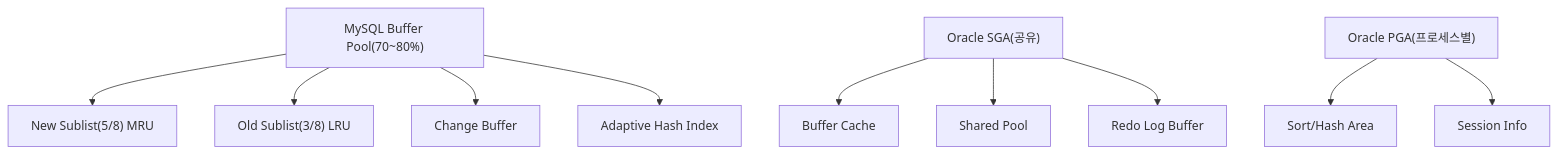
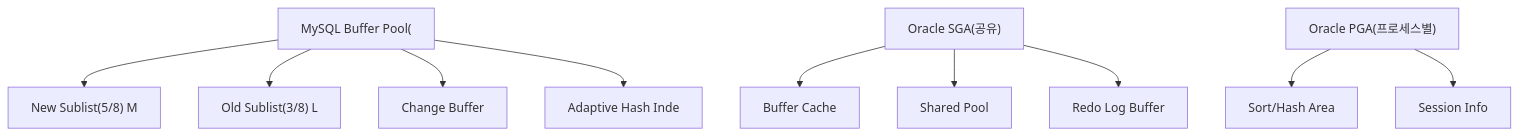
Before and after one commit to yjkim2015/yjkim2015.github.io: the sixth of 15 diagrams in _posts/db/2026-05-01-db-comparison.md, drawn with Mermaid. The commit also changed other lines of this file and 271 other files, not shown here.

First line of the commit message:
Mermaid 라벨 축소: 긴 노드 텍스트 18자 이하로 트림 + \n 제거

````diff
--- a/_posts/db/2026-05-01-db-comparison.md
+++ b/_posts/db/2026-05-01-db-comparison.md
@@ -126,12 +126,12 @@
 ```mermaid
 graph TD
-    BP["MySQL Buffer Pool(70~80%)"] --> NEW["New Sublist(5/8) MRU"]
-    BP --> OLD["Old Sublist(3/8) LRU"]
+    BP["MySQL Buffer Pool("] --> NEW["New Sublist(5/8) M"]
+    BP --> OLD["Old Sublist(3/8) L"]
     BP --> CB["Change Buffer"]
-    BP --> AHI["Adaptive Hash Index"]
+    BP --> AHI["Adaptive Hash Inde"]
     SGA["Oracle SGA(공유)"] --> DBC["Buffer Cache"]
     SGA --> SP["Shared Pool"]
     SGA --> RLB["Redo Log Buffer"]
     PGA["Oracle PGA(프로세스별)"] --> SA["Sort/Hash Area"]
     PGA --> SI["Session Info"]
 ```
````
